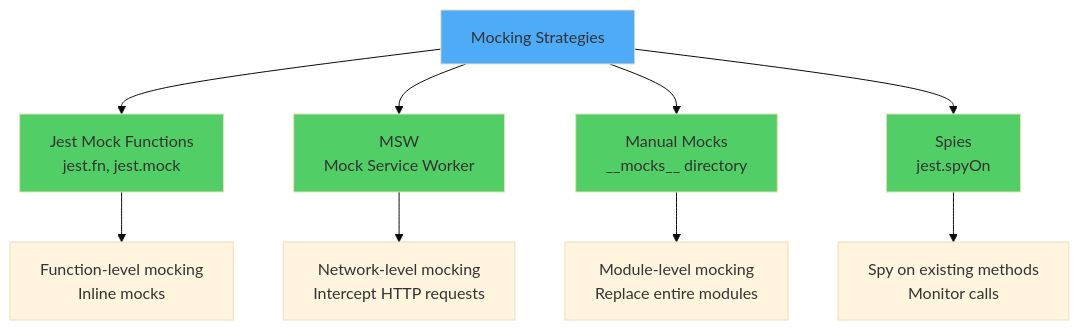
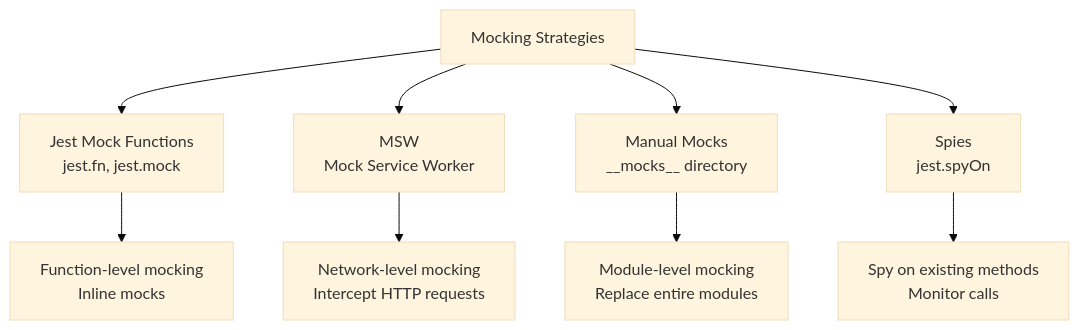
Before and after one commit to BabaScience/react-guides: the sixth of 10 diagrams in arguments/chapters/10-testing.md, drawn with Mermaid (base theme). The commit also changed other lines of this file and 29 other files, not shown here.

First line of the commit message:
Bring React FR/IT translations to full English parity + theme-safe diagrams

````diff
--- a/arguments/chapters/10-testing.md
+++ b/arguments/chapters/10-testing.md
@@ -1268,18 +1251,13 @@
 ```mermaid
 graph TD
     A[Mocking Strategies] --> B[Jest Mock Functions<br/>jest.fn, jest.mock]
     A --> C[MSW<br/>Mock Service Worker]
     A --> D[Manual Mocks<br/>__mocks__ directory]
     A --> E[Spies<br/>jest.spyOn]
     
     B --> B1[Function-level mocking<br/>Inline mocks]
     C --> C1[Network-level mocking<br/>Intercept HTTP requests]
     D --> D1[Module-level mocking<br/>Replace entire modules]
     E --> E1[Spy on existing methods<br/>Monitor calls]
     
-    style A fill:#4dabf7
-    style B fill:#51cf66
-    style C fill:#51cf66
-    style D fill:#51cf66
-    style E fill:#51cf66
 ```
````
